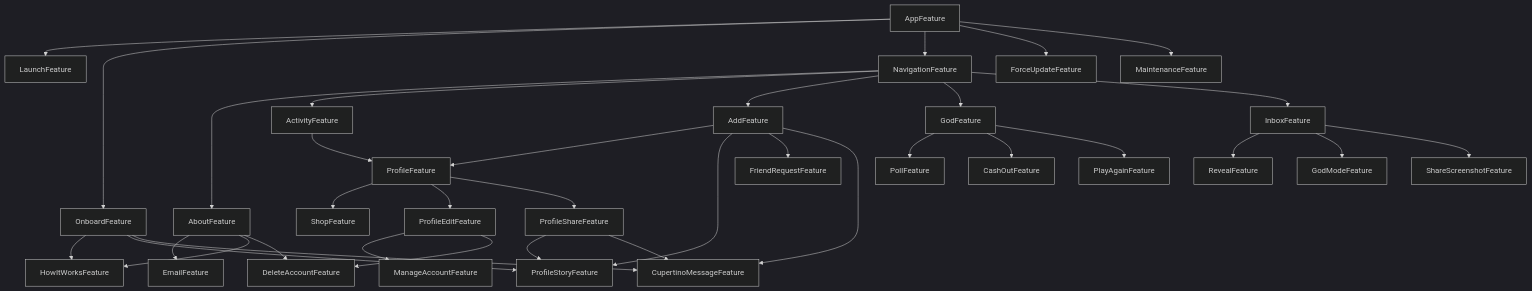
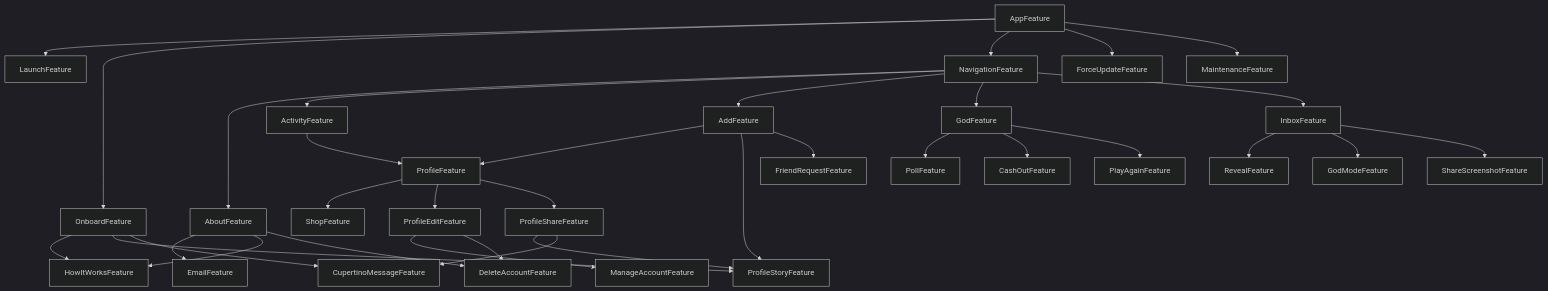
The diagram in Packages/GodPackage/README.md (0x1-company/god-ios), drawn with Mermaid (dark theme) before and after one commit. The commit also changed 1 other file, not shown here.

Commit message:
chore: 🤖 dgraph

````diff
--- a/Packages/GodPackage/README.md
+++ b/Packages/GodPackage/README.md
@@ -6,37 +6,36 @@
 ```mermaid
 graph TD;
     AboutFeature-->EmailFeature;
     AboutFeature-->HowItWorksFeature;
     AboutFeature-->DeleteAccountFeature;
     ActivityFeature-->ProfileFeature;
     AddFeature-->ProfileFeature;
     AddFeature-->ProfileStoryFeature;
     AddFeature-->FriendRequestFeature;
-    AddFeature-->CupertinoMessageFeature;
     AppFeature-->LaunchFeature;
     AppFeature-->OnboardFeature;
     AppFeature-->NavigationFeature;
     AppFeature-->ForceUpdateFeature;
     AppFeature-->MaintenanceFeature;
     GodFeature-->PollFeature;
     GodFeature-->CashOutFeature;
     GodFeature-->PlayAgainFeature;
     InboxFeature-->RevealFeature;
     InboxFeature-->GodModeFeature;
     InboxFeature-->ShareScreenshotFeature;
     NavigationFeature-->AboutFeature;
     NavigationFeature-->ActivityFeature;
     NavigationFeature-->AddFeature;
     NavigationFeature-->GodFeature;
     NavigationFeature-->InboxFeature;
     OnboardFeature-->HowItWorksFeature;
     OnboardFeature-->ProfileStoryFeature;
     OnboardFeature-->CupertinoMessageFeature;
     ProfileEditFeature-->ManageAccountFeature;
     ProfileEditFeature-->DeleteAccountFeature;
     ProfileFeature-->ShopFeature;
     ProfileFeature-->ProfileEditFeature;
     ProfileFeature-->ProfileShareFeature;
     ProfileShareFeature-->ProfileStoryFeature;
     ProfileShareFeature-->CupertinoMessageFeature;
 ```
````
